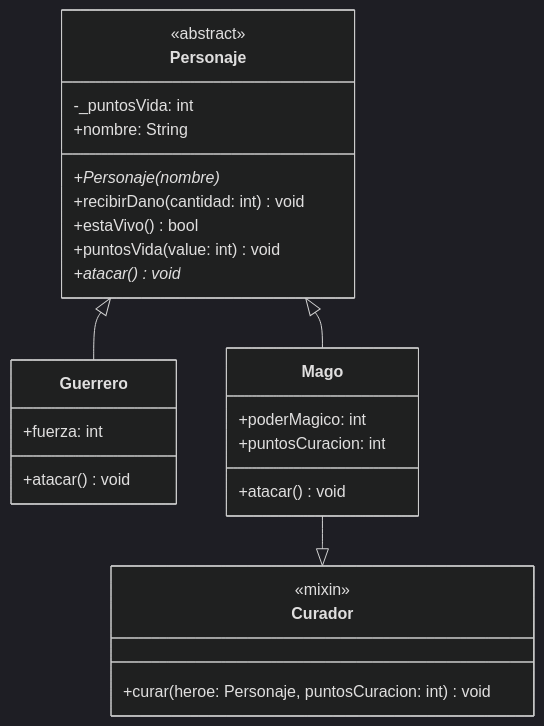
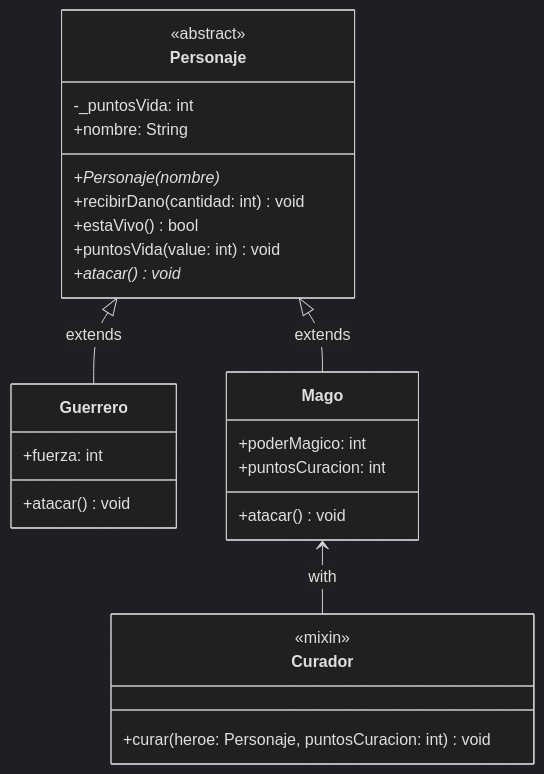
The diagram in 2. POO - DART/2_ejem_poo_dart.md (QuinterosF/Instalaciones---Taller-de-Des.-de-Apps-para-Disp.-M-viles), drawn with Mermaid (dark theme) before and after one commit.

````diff
--- a/2. POO - DART/2_ejem_poo_dart.md
+++ b/2. POO - DART/2_ejem_poo_dart.md
@@ -15,33 +15,33 @@
 ```mermaid
 classDiagram
     class Personaje {
         <<abstract>>
         -_puntosVida: int
         +nombre: String
         +Personaje(nombre)*
         +recibirDano(cantidad: int) void
         +estaVivo() bool
         +puntosVida(value: int) void
         +atacar() void*
     }
     
     class Guerrero {
         +fuerza: int
         +atacar() void
     }
     
     class Mago {
         +poderMagico: int
         +puntosCuracion: int
         +atacar() void
     }
     
     class Curador {
         <<mixin>>
         +curar(heroe: Personaje, puntosCuracion: int) void
     }
     
-    Personaje <|-- Guerrero
-    Personaje <|-- Mago
-    Mago --|> Curador
+    Personaje <|-- Guerrero : extends
+    Personaje <|-- Mago : extends
+    Mago <-- Curador : with
 ```
````
